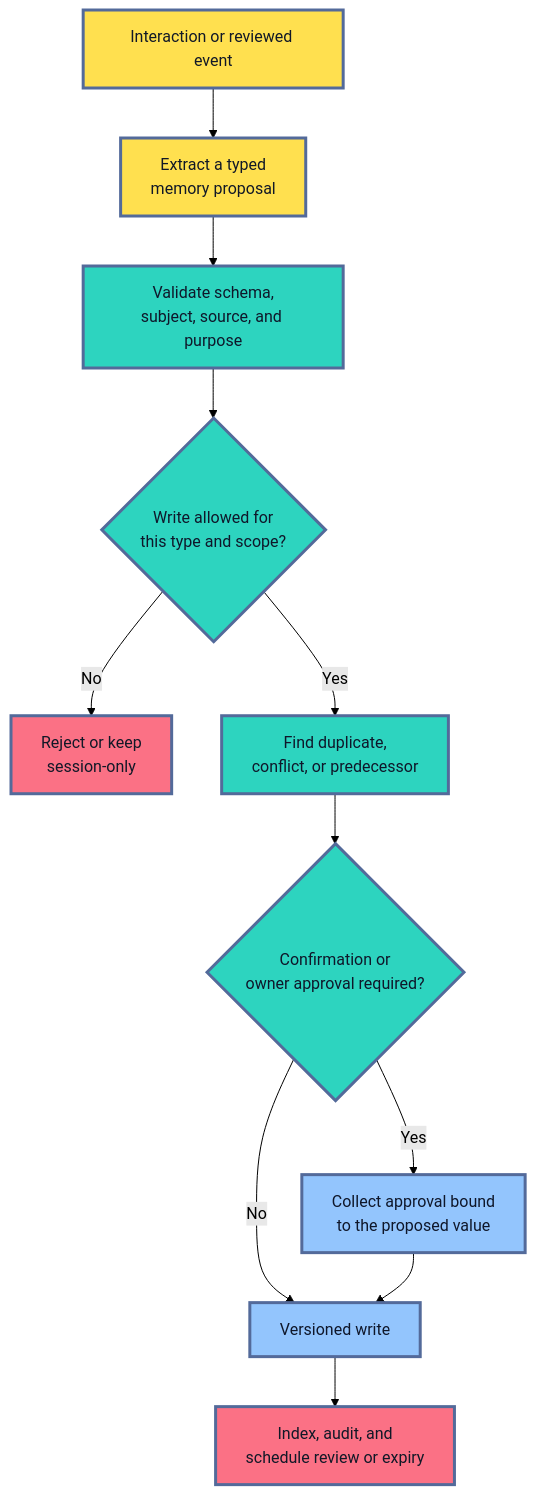
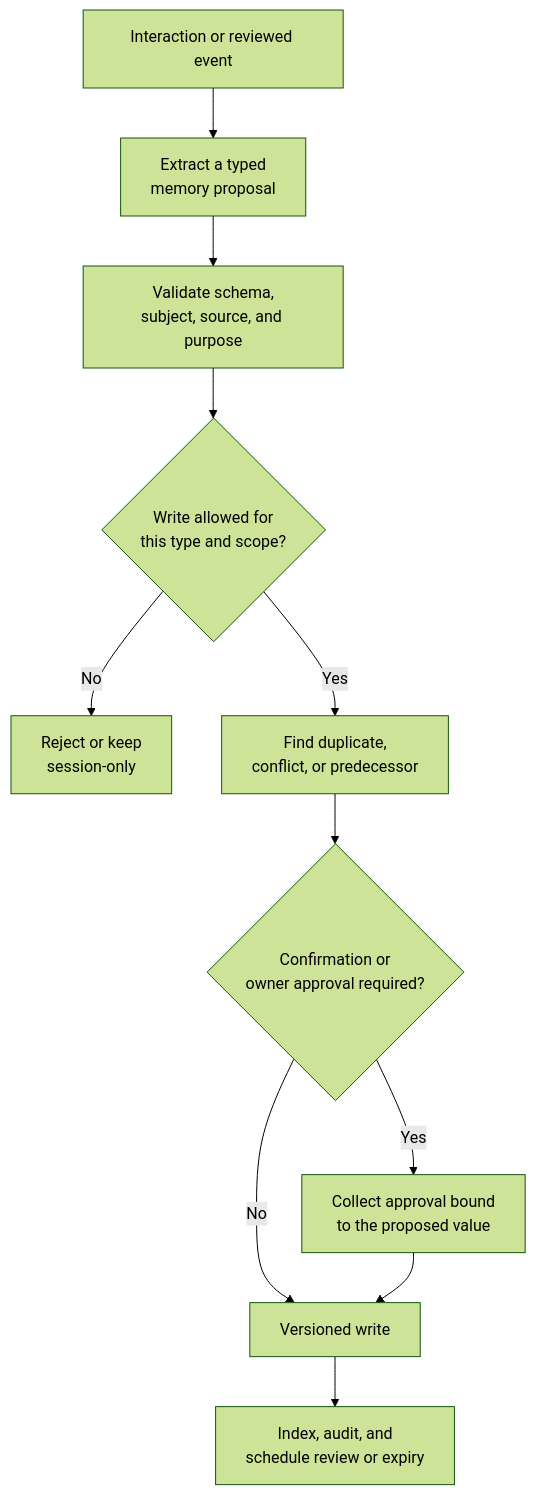
Before and after one commit to senlinyy/dev-roadmaps: the fifth of 14 diagrams in roadmaps/mlops/modules/llmops/context-engineering/03-memory-and-state.md, drawn with Mermaid (forest theme). The commit also changed other lines of this file and 152 other files, not shown here.

Commit message:
feat: mlops and diagrams updated

````diff
--- a/roadmaps/mlops/modules/llmops/context-engineering/03-memory-and-state.md
+++ b/roadmaps/mlops/modules/llmops/context-engineering/03-memory-and-state.md
@@ -348,22 +334,18 @@
 ```mermaid
 flowchart TD
     A["Interaction or reviewed event"] --> B["Extract a typed<br/>memory proposal"]
     B --> C["Validate schema,<br/>subject, source, and purpose"]
     C --> D{"Write allowed for<br/>this type and scope?"}
     D -->|"No"| E["Reject or keep<br/>session-only"]
     D -->|"Yes"| F["Find duplicate,<br/>conflict, or predecessor"]
     F --> G{"Confirmation or<br/>owner approval required?"}
     G -->|"Yes"| H["Collect approval bound<br/>to the proposed value"]
     G -->|"No"| I["Versioned write"]
     H --> I
     I --> J["Index, audit, and<br/>schedule review or expiry"]
 
-    classDef candidate fill:#FFE04F,stroke:#536A9A,stroke-width:3px,color:#111827
-    classDef policy fill:#2DD4BF,stroke:#536A9A,stroke-width:3px,color:#0F172A
-    classDef decision fill:#93C5FD,stroke:#536A9A,stroke-width:3px,color:#0F172A
-    classDef outcome fill:#FB7185,stroke:#536A9A,stroke-width:3px,color:#111827
     class A,B candidate
     class C,D,F,G policy
     class H,I decision
     class E,J outcome
 ```
````
